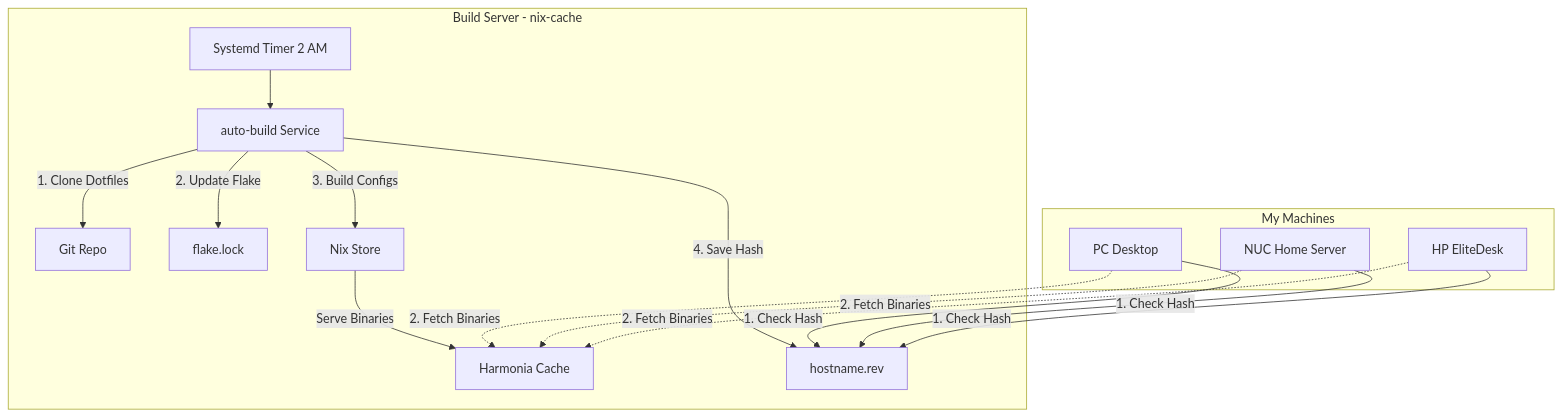
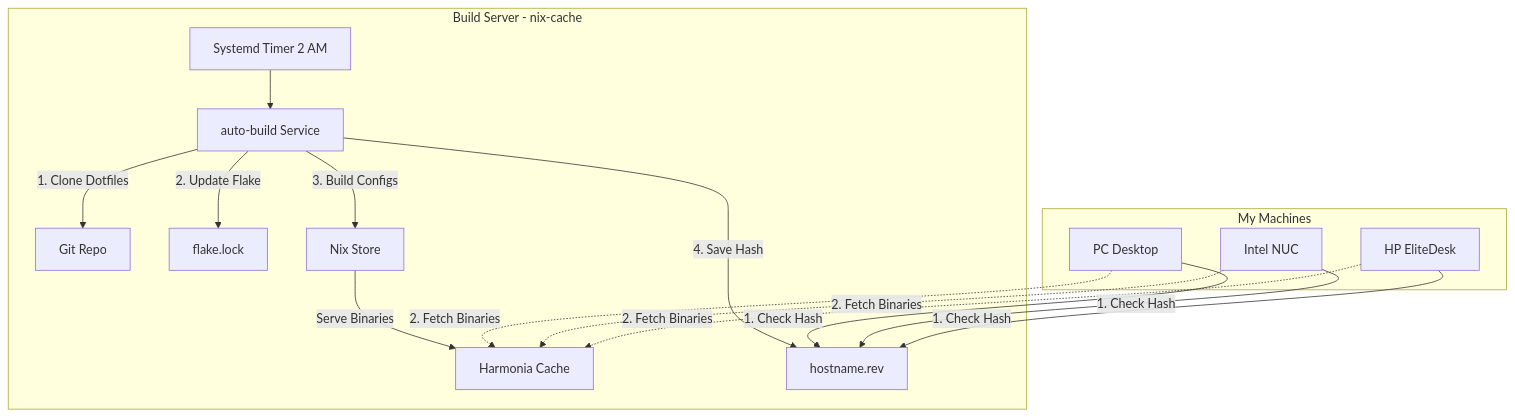
One commit to basnijholt/nijho.lt changed the diagram in content/post/nixos-cache/index.md. Above: the diagram before and after it, drawn with Mermaid. The commit also changed other lines of this file, not shown here.

Commit message:
docs: polish wording, diagram, and laptop references

````diff
--- a/content/post/nixos-cache/index.md
+++ b/content/post/nixos-cache/index.md
@@ -49,25 +49,25 @@
 ```mermaid
 graph TD
     subgraph Server [Build Server - nix-cache]
         Timer[Systemd Timer 2 AM] --> AutoBuild[auto-build Service]
         AutoBuild -->|1. Clone Dotfiles| Git[Git Repo]
         AutoBuild -->|2. Update Flake| FlakeLock[flake.lock]
         AutoBuild -->|3. Build Configs| Store[Nix Store]
         Store -->|Serve Binaries| Harmonia[Harmonia Cache]
         AutoBuild -->|4. Save Hash| RevFile[hostname.rev]
     end
 
     subgraph Fleet [My Machines]
         PC[PC Desktop]
-        NUC[NUC Home Server]
+        NUC[Intel NUC]
         HP[HP EliteDesk]
     end
 
     PC -->|1. Check Hash| RevFile
     NUC -->|1. Check Hash| RevFile
     HP -->|1. Check Hash| RevFile
 
     PC -.->|2. Fetch Binaries| Harmonia
     NUC -.->|2. Fetch Binaries| Harmonia
     HP -.->|2. Fetch Binaries| Harmonia
 ```
````
